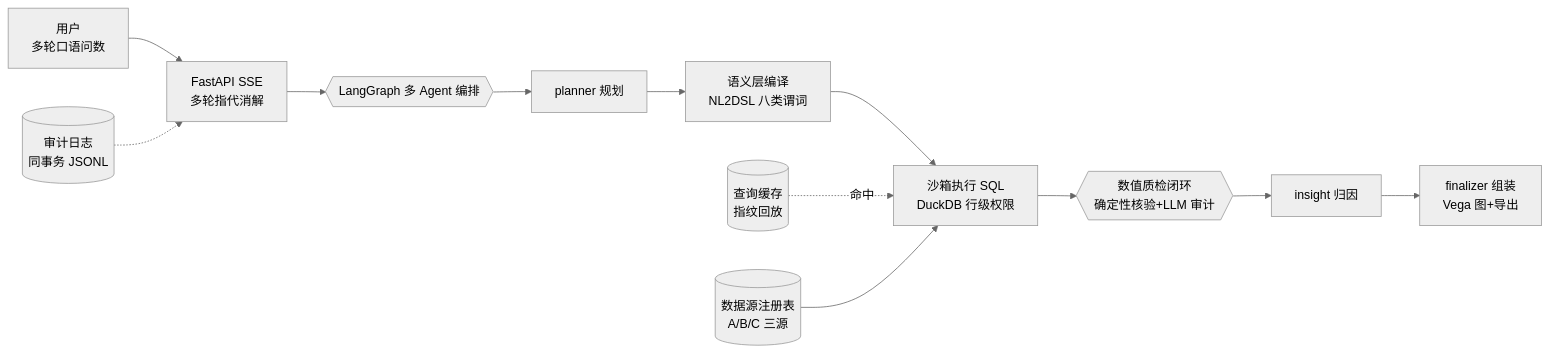
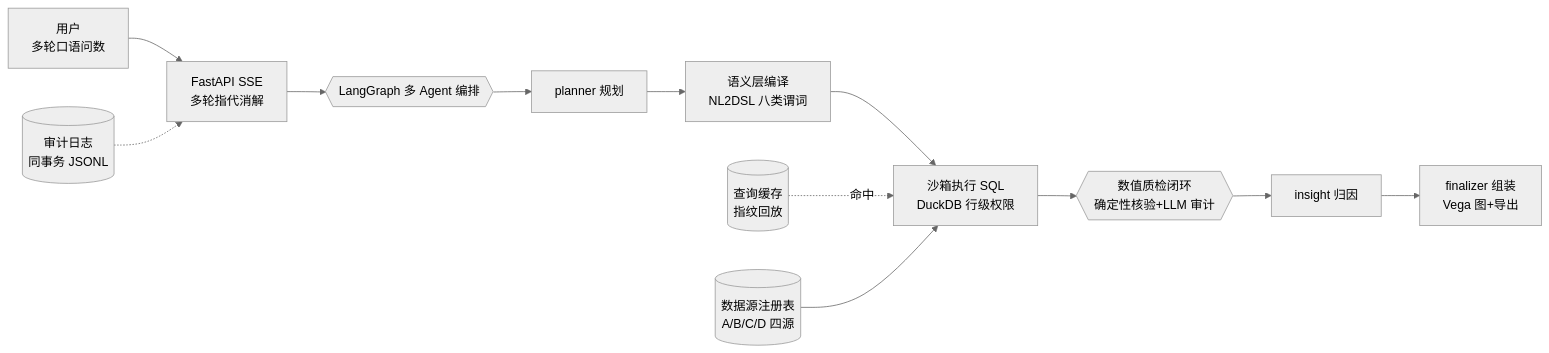
Before and after one commit to anlanjc/askbi: the first of 2 diagrams in README.md, drawn with Mermaid (neutral theme). The commit also changed other lines of this file and 13 other files, not shown here.

````diff
--- a/README.md
+++ b/README.md
@@ -10,12 +10,12 @@
 ```mermaid
 flowchart LR
     U[用户<br/>多轮口语问数] --> API[FastAPI SSE<br/>多轮指代消解]
     API --> G{{LangGraph 多 Agent 编排}}
     G --> P[planner 规划] --> NL[语义层编译<br/>NL2DSL 八类谓词]
     NL --> SB[沙箱执行 SQL<br/>DuckDB 行级权限]
     SB --> QA{{数值质检闭环<br/>确定性核验+LLM 审计}}
     QA --> IN[insight 归因] --> FIN[finalizer 组装<br/>Vega 图+导出]
     CACHE[(查询缓存<br/>指纹回放)] -.->|命中| SB
-    REG[(数据源注册表<br/>A/B/C 三源)] --> SB
+    REG[(数据源注册表<br/>A/B/C/D 四源)] --> SB
     AUD[(审计日志<br/>同事务 JSONL)] -.-> API
 ```
````
